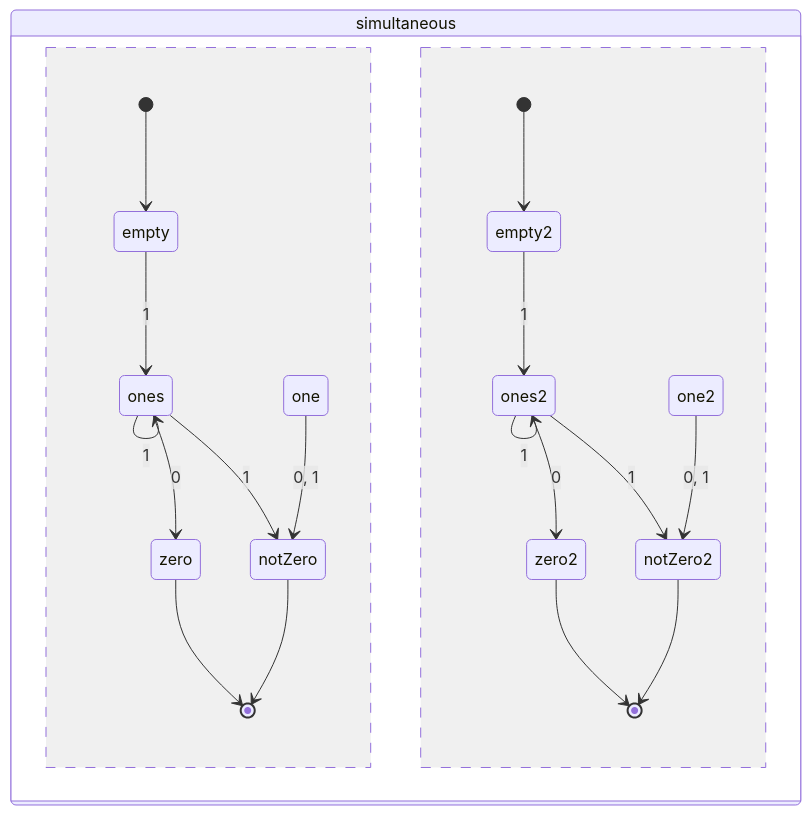
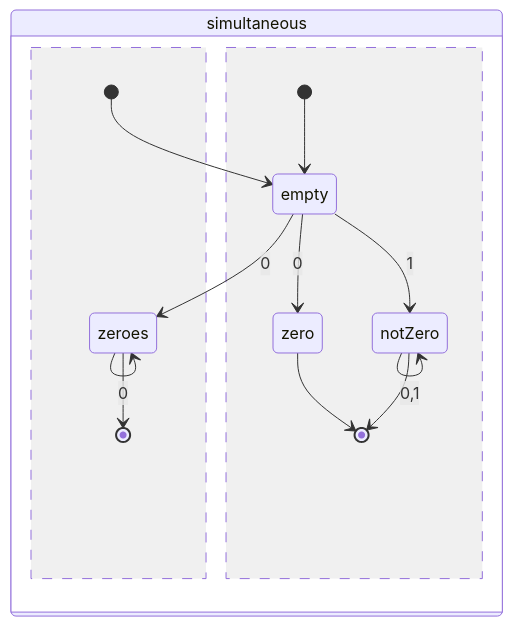
One commit to raganwald/raganwald.github.com changed diagram 27 of 38 in _posts/2019-09-21-recognizing-myself.md. Above: the diagram before and after it, drawn with Mermaid. The commit also changed other lines of this file and 1 other file, not shown here.

```diff
--- a/_posts/2019-09-21-recognizing-myself.md
+++ b/_posts/2019-09-21-recognizing-myself.md
@@ -1348,26 +1366,20 @@
 <div class="mermaid">
   stateDiagram
     simultaneous
 
   state simultaneous {
     [*]-->empty
-    empty-->ones : 1
-    ones-->ones : 1
-    ones --> zero : 0
-    ones --> notZero : 1
-    one --> notZero : 0, 1
-    zero --> [*]
-    notZero --> [*]
+    empty-->zeroes : 0
+    zeroes--> zeroes : 0
+    zeroes --> [*]
 
     --
 
-    [*]-->empty2
-    empty2-->ones2 : 1
-    ones2-->ones2 : 1
-    ones2 --> zero2 : 0
-    ones2 --> notZero2 : 1
-    one2 --> notZero2 : 0, 1
-    zero2 --> [*]
-    notZero2 --> [*]
+    [*]-->empty
+    empty-->zero : 0
+    empty-->notZero : 1
+    notZero-->notZero : 0,1
+    zero-->[*]
+    notZero-->[*]
   }
 </div>
```
